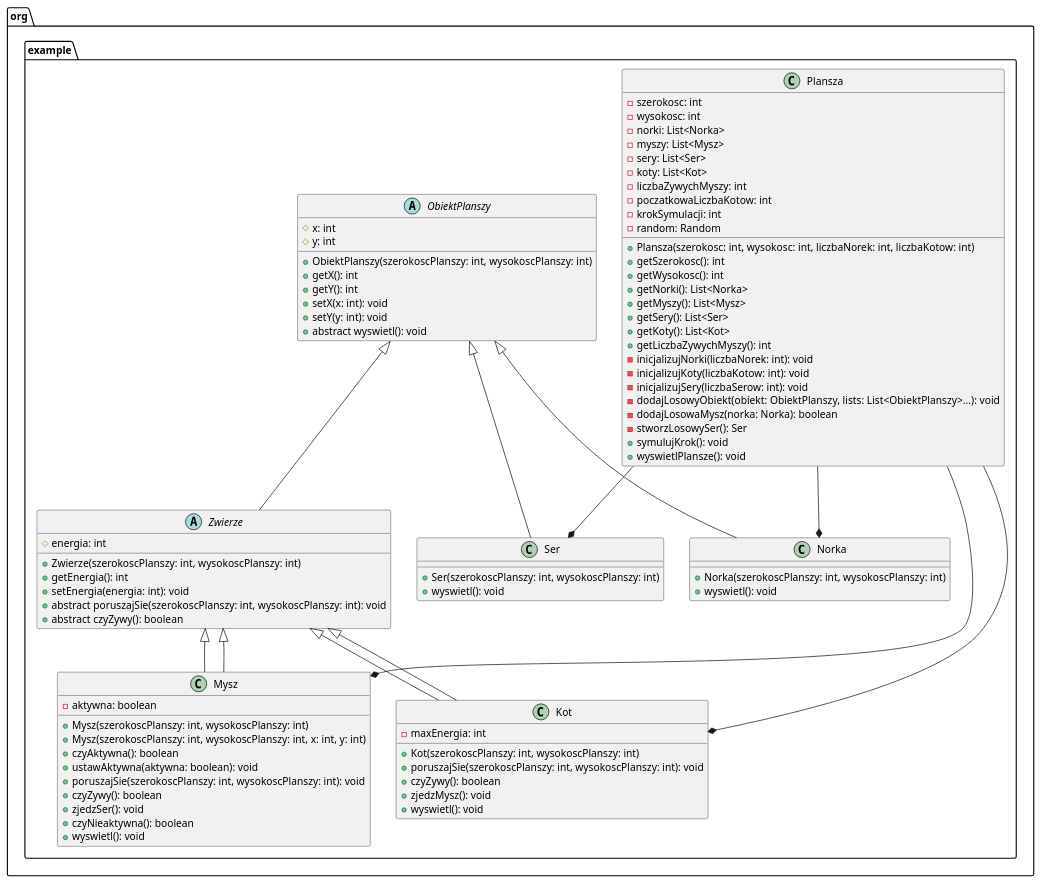
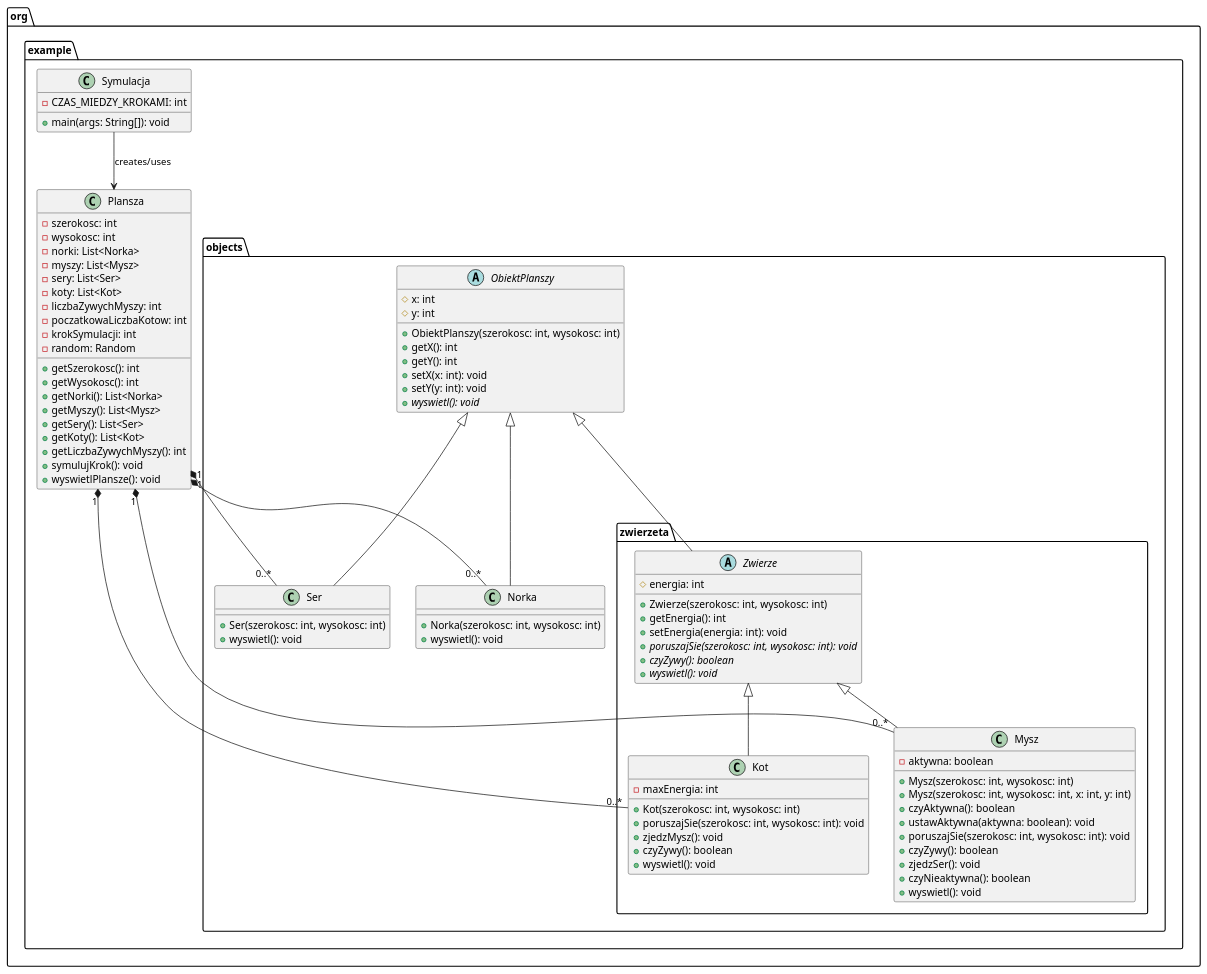
One commit to rochmir/symulacja_agentowa1 changed the diagram in diagram_klas.puml. Above: the diagram before and after it, drawn with PlantUML. The commit also changed 4 other files, not shown here.

```diff
--- a/diagram_klas.puml
+++ b/diagram_klas.puml
@@ -1,91 +1,103 @@
 @startuml
-package org.example {
+
+package "org.example" {
   class Plansza {
-    - szerokosc: int
-    - wysokosc: int
-    - norki: List<Norka>
-    - myszy: List<Mysz>
-    - sery: List<Ser>
-    - koty: List<Kot>
-    - liczbaZywychMyszy: int
-    - poczatkowaLiczbaKotow: int
-    - krokSymulacji: int
-    - random: Random
-    + Plansza(szerokosc: int, wysokosc: int, liczbaNorek: int, liczbaKotow: int)
-    + getSzerokosc(): int
-    + getWysokosc(): int
-    + getNorki(): List<Norka>
-    + getMyszy(): List<Mysz>
-    + getSery(): List<Ser>
-    + getKoty(): List<Kot>
-    + getLiczbaZywychMyszy(): int
-    - inicjalizujNorki(liczbaNorek: int): void
-    - inicjalizujKoty(liczbaKotow: int): void
-    - inicjalizujSery(liczbaSerow: int): void
-    - dodajLosowyObiekt(obiekt: ObiektPlanszy, lists: List<ObiektPlanszy>...): void
-    - dodajLosowaMysz(norka: Norka): boolean
-    - stworzLosowySer(): Ser
-    + symulujKrok(): void
-    + wyswietlPlansze(): void
+    -szerokosc: int
+    -wysokosc: int
+    -norki: List<Norka>
+    -myszy: List<Mysz>
+    -sery: List<Ser>
+    -koty: List<Kot>
+    -liczbaZywychMyszy: int
+    -poczatkowaLiczbaKotow: int
+    -krokSymulacji: int
+    -random: Random
+    +getSzerokosc(): int
+    +getWysokosc(): int
+    +getNorki(): List<Norka>
+    +getMyszy(): List<Mysz>
+    +getSery(): List<Ser>
+    +getKoty(): List<Kot>
+    +getLiczbaZywychMyszy(): int
+    +symulujKrok(): void
+    +wyswietlPlansze(): void
   }
 
+  class Symulacja {
+    -CZAS_MIEDZY_KROKAMI: int
+    +main(args: String[]): void
+  }
+}
+
+package "org.example.objects" {
   abstract class ObiektPlanszy {
-    # x: int
-    # y: int
-    + ObiektPlanszy(szerokoscPlanszy: int, wysokoscPlanszy: int)
-    + getX(): int
-    + getY(): int
-    + setX(x: int): void
-    + setY(y: int): void
-    + abstract wyswietl(): void
+    #x: int
+    #y: int
+    +ObiektPlanszy(szerokosc: int, wysokosc: int)
+    +getX(): int
+    +getY(): int
+    +setX(x: int): void
+    +setY(y: int): void
+    +wyswietl(): void {abstract}
   }
 
-  class Norka extends ObiektPlanszy {
-    + Norka(szerokoscPlanszy: int, wysokoscPlanszy: int)
-    + wyswietl(): void
+  class Norka {
+    +Norka(szerokosc: int, wysokosc: int)
+    +wyswietl(): void
   }
 
-  class Ser extends ObiektPlanszy {
-    + Ser(szerokoscPlanszy: int, wysokoscPlanszy: int)
-    + wyswietl(): void
+  class Ser {
+    +Ser(szerokosc: int, wysokosc: int)
+    +wyswietl(): void
+  }
+}
+
+package "org.example.objects.zwierzeta" {
+  abstract class Zwierze {
+    #energia: int
+    +Zwierze(szerokosc: int, wysokosc: int)
+    +getEnergia(): int
+    +setEnergia(energia: int): void
+    +poruszajSie(szerokosc: int, wysokosc: int): void {abstract}
+    +czyZywy(): boolean {abstract}
+    +wyswietl(): void {abstract}
   }
 
-  abstract class Zwierze extends ObiektPlanszy {
-    # energia: int
-    + Zwierze(szerokoscPlanszy: int, wysokoscPlanszy: int)
-    + getEnergia(): int
-    + setEnergia(energia: int): void
-    + abstract poruszajSie(szerokoscPlanszy: int, wysokoscPlanszy: int): void
-    + abstract czyZywy(): boolean
+  class Kot {
+    -maxEnergia: int
+    +Kot(szerokosc: int, wysokosc: int)
+    +poruszajSie(szerokosc: int, wysokosc: int): void
+    +zjedzMysz(): void
+    +czyZywy(): boolean
+    +wyswietl(): void
   }
 
-  class Kot extends Zwierze {
-    - maxEnergia: int
-    + Kot(szerokoscPlanszy: int, wysokoscPlanszy: int)
-    + poruszajSie(szerokoscPlanszy: int, wysokoscPlanszy: int): void
-    + czyZywy(): boolean
-    + zjedzMysz(): void
-    + wyswietl(): void
+  class Mysz {
+    -aktywna: boolean
+    +Mysz(szerokosc: int, wysokosc: int)
+    +Mysz(szerokosc: int, wysokosc: int, x: int, y: int)
+    +czyAktywna(): boolean
+    +ustawAktywna(aktywna: boolean): void
+    +poruszajSie(szerokosc: int, wysokosc: int): void
+    +czyZywy(): boolean
+    +zjedzSer(): void
+    +czyNieaktywna(): boolean
+    +wyswietl(): void
   }
+}
 
-  class Mysz extends Zwierze {
-    - aktywna: boolean
-    + Mysz(szerokoscPlanszy: int, wysokoscPlanszy: int)
-    + Mysz(szerokoscPlanszy: int, wysokoscPlanszy: int, x: int, y: int)
-    + czyAktywna(): boolean
-    + ustawAktywna(aktywna: boolean): void
-    + poruszajSie(szerokoscPlanszy: int, wysokoscPlanszy: int): void
-    + czyZywy(): boolean
-    + zjedzSer(): void
-    + czyNieaktywna(): boolean
-    + wyswietl(): void
-  }
+' Relationships
+ObiektPlanszy <|-- Norka
+ObiektPlanszy <|-- Ser
+ObiektPlanszy <|-- Zwierze
+Zwierze <|-- Kot
+Zwierze <|-- Mysz
 
-  Plansza --* Norka
-  Plansza --* Mysz
-  Plansza --* Ser
-  Plansza --* Kot
-  Zwierze <|-- Kot
-  Zwierze <|-- Mysz
-}
+Plansza "1" *-- "0..*" Norka
+Plansza "1" *-- "0..*" Mysz
+Plansza "1" *-- "0..*" Ser
+Plansza "1" *-- "0..*" Kot
+
+Symulacja --> Plansza : creates/uses
+
 @enduml
```
